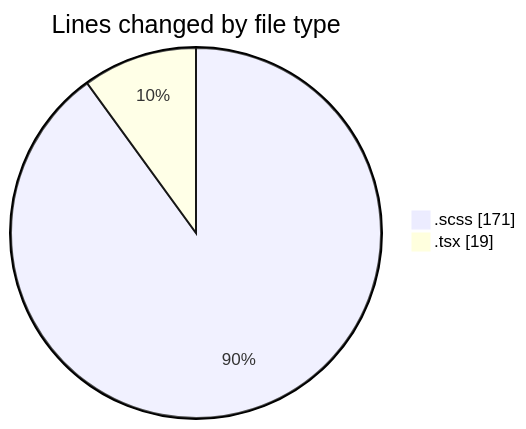
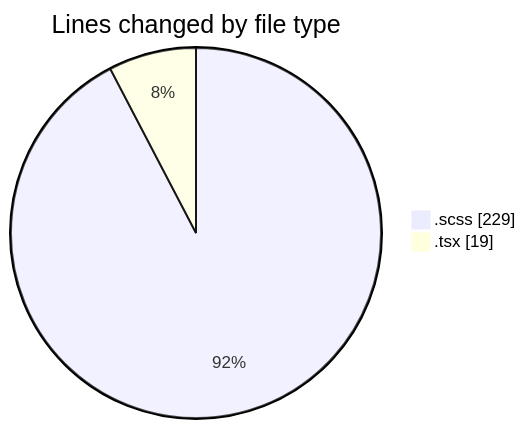
The first of 2 diagrams in 2026-08-10/cda/README.md (momahboobian/code-tracking), drawn with Mermaid before and after one commit. The commit also changed other lines of this file and 1 other file, not shown here.

````diff
--- a/2026-08-10/cda/README.md
+++ b/2026-08-10/cda/README.md
@@ -23,6 +23,6 @@
 ```mermaid
 pie showData
 title Lines changed by file type
-".scss" : 171
+".scss" : 229
 ".tsx" : 19
 ```
````
